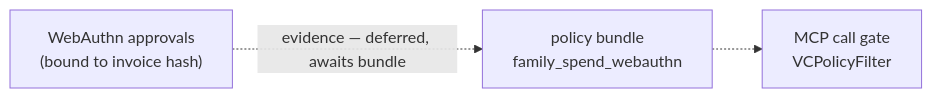
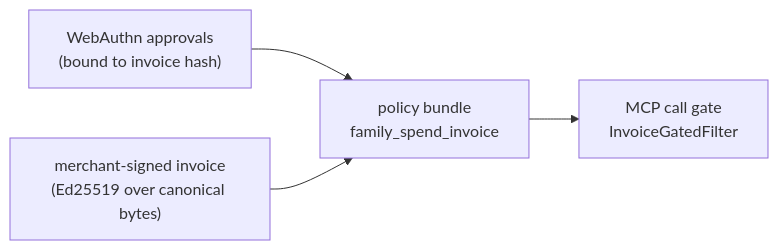
The third of 3 diagrams in examples/agentic-commerce-demo/docs/architecture.md (mattdfuchs/extensible-mcp), drawn with Mermaid before and after one commit. The commit also changed other lines of this file and 12 other files, not shown here.

````diff
--- a/examples/agentic-commerce-demo/docs/architecture.md
+++ b/examples/agentic-commerce-demo/docs/architecture.md
@@ -136,7 +135,10 @@
 ```mermaid
 flowchart LR
     webauthn["WebAuthn approvals<br/>(bound to invoice hash)"]
-    bundle["policy bundle<br/>family_spend_webauthn"]
-    gate["MCP call gate<br/>VCPolicyFilter"]
-    webauthn -.->|"evidence — deferred, awaits bundle"| bundle -.-> gate
+    invoice["merchant-signed invoice<br/>(Ed25519 over canonical bytes)"]
+    bundle["policy bundle<br/>family_spend_invoice"]
+    gate["MCP call gate<br/>InvoiceGatedFilter"]
+    webauthn --> bundle
+    invoice --> bundle
+    bundle --> gate
 ```
````
